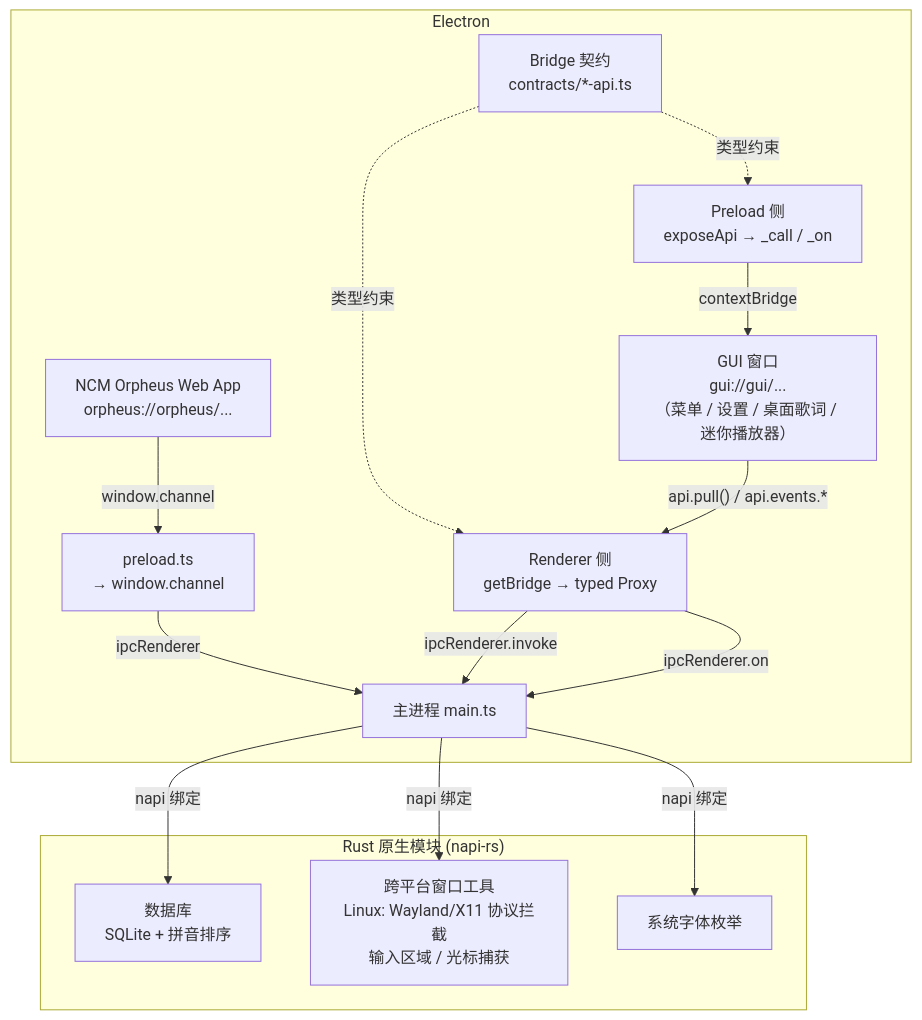
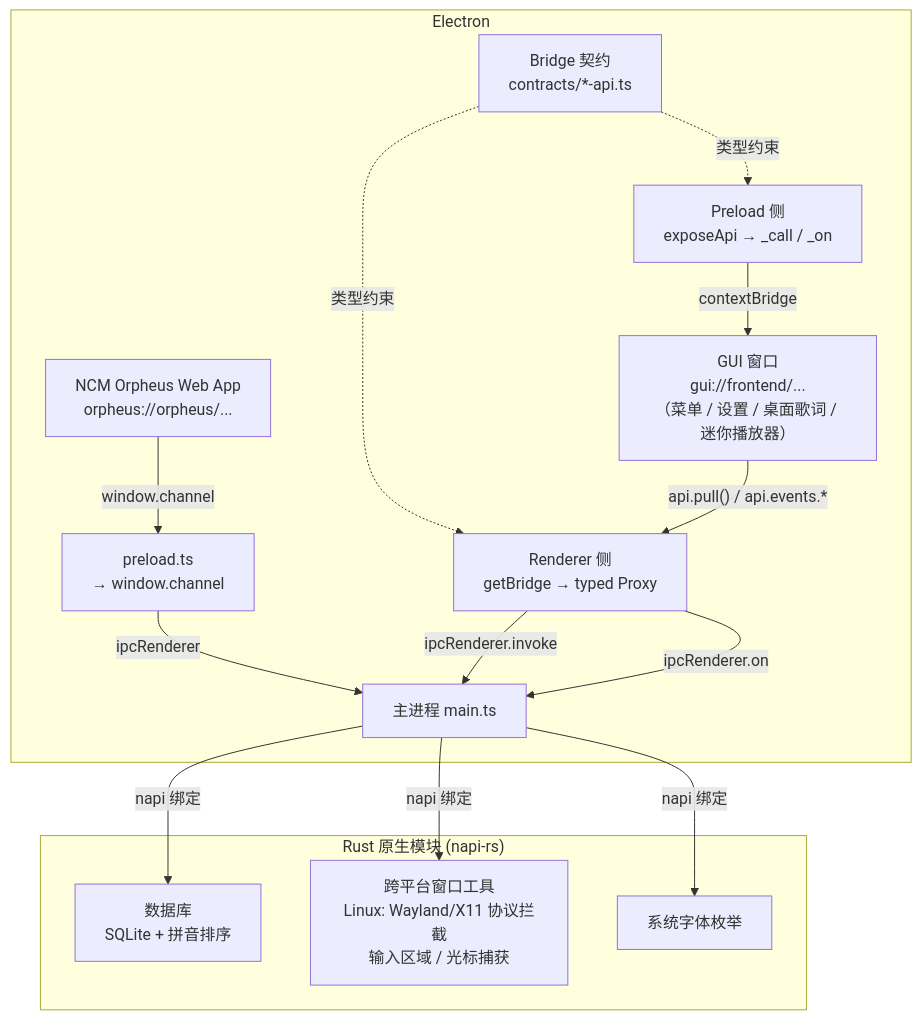
The diagram in CONTRIBUTING.md (YUCLing/open-orpheus), drawn with Mermaid before and after one commit. The commit also changed other lines of this file and 1 other file, not shown here.

````diff
--- a/CONTRIBUTING.md
+++ b/CONTRIBUTING.md
@@ -72,30 +78,30 @@
 ```mermaid
 flowchart TB
     subgraph Electron
         main[主进程 main.ts]
         preload[preload.ts<br/>→ window.channel]
         renderer[NCM Orpheus Web App<br/>orpheus://orpheus/...]
         bridge_ct[Bridge 契约<br/>contracts/*-api.ts]
         bridge_pl[Preload 侧<br/>exposeApi → _call / _on]
         bridge_rr[Renderer 侧<br/>getBridge → typed Proxy]
-        gui_windows["GUI 窗口<br/>gui://gui/...<br/>（菜单 / 设置 / 桌面歌词 / 迷你播放器）"]
+        gui_windows["GUI 窗口<br/>gui://frontend/...<br/>（菜单 / 设置 / 桌面歌词 / 迷你播放器）"]
     end
 
     subgraph Native["Rust 原生模块 (napi-rs)"]
         db[数据库<br/>SQLite + 拼音排序]
         win[跨平台窗口工具<br/>Linux: Wayland/X11 协议拦截<br/>输入区域 / 光标捕获]
         fonts[系统字体枚举]
     end
 
     renderer -->|window.channel| preload
     preload -->|ipcRenderer| main
     bridge_ct -.->|类型约束| bridge_pl
     bridge_ct -.->|类型约束| bridge_rr
     bridge_pl -->|contextBridge| gui_windows
     gui_windows -->|"api.pull() / api.events.*"| bridge_rr
     bridge_rr -->|ipcRenderer.invoke| main
     bridge_rr -->|ipcRenderer.on| main
     main -->|napi 绑定| db
     main -->|napi 绑定| win
     main -->|napi 绑定| fonts
 ```
````
